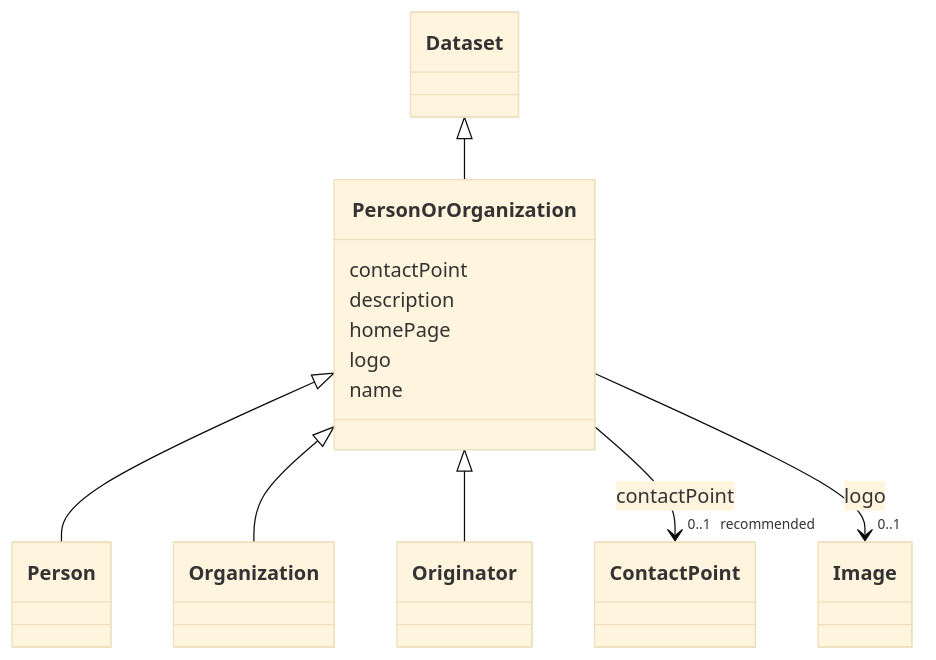
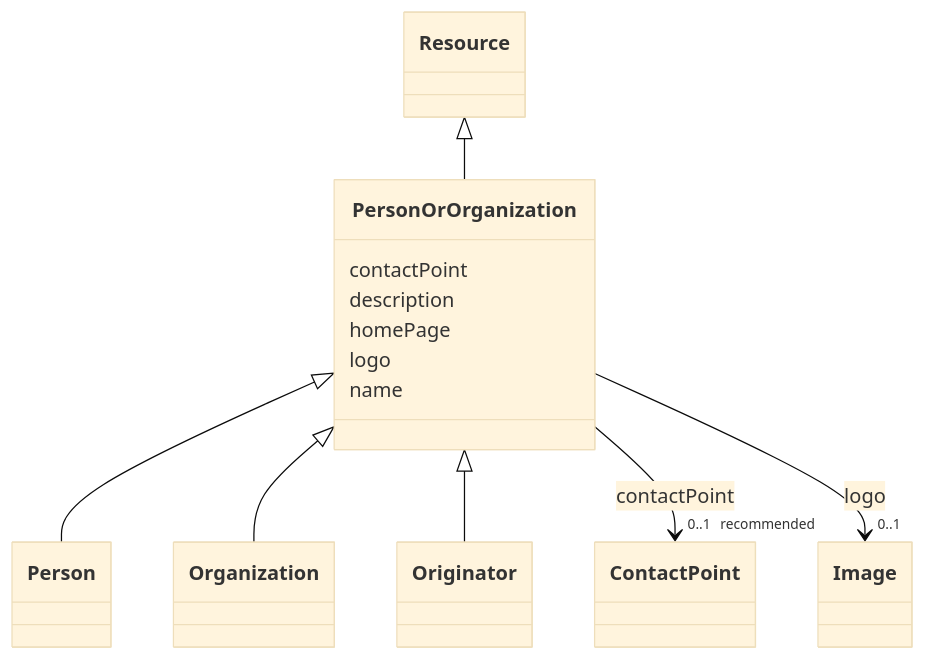
One commit to EVORA-project/evora-ontology changed the diagram in models/docs/PersonOrOrganization.md. Above: the diagram before and after it, drawn with Mermaid (base theme). The commit also changed other lines of this file and 208 other files, not shown here.

````diff
--- a/models/docs/PersonOrOrganization.md
+++ b/models/docs/PersonOrOrganization.md
@@ -19,42 +19,42 @@
 ```mermaid
  classDiagram
     class PersonOrOrganization
     click PersonOrOrganization href "../PersonOrOrganization"
-      Dataset <|-- PersonOrOrganization
-        click Dataset href "../Dataset"
+      Resource <|-- PersonOrOrganization
+        click Resource href "../Resource"
       
 
       PersonOrOrganization <|-- Person
         click Person href "../Person"
       PersonOrOrganization <|-- Organization
         click Organization href "../Organization"
       PersonOrOrganization <|-- Originator
         click Originator href "../Originator"
       
       
       PersonOrOrganization : contactPoint
         
           
     
     
     PersonOrOrganization --> "0..1 _recommended_" ContactPoint : contactPoint
     click ContactPoint href "../ContactPoint"
 
         
       PersonOrOrganization : description
         
       PersonOrOrganization : homePage
         
       PersonOrOrganization : logo
         
           
     
     
     PersonOrOrganization --> "0..1" Image : logo
     click Image href "../Image"
 
         
       PersonOrOrganization : name
         
       
 ```
````
